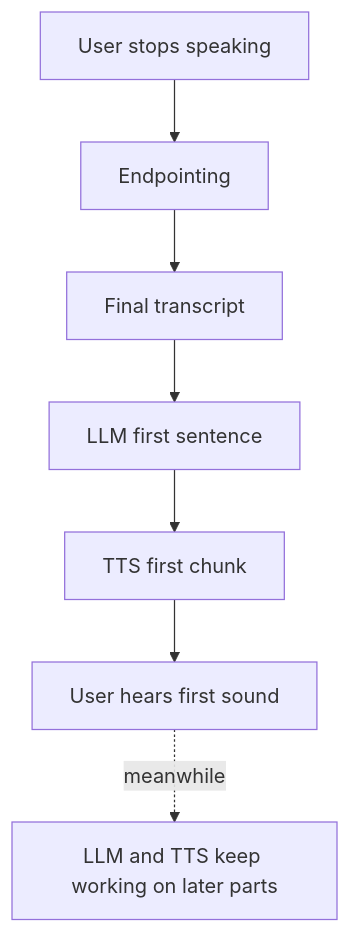
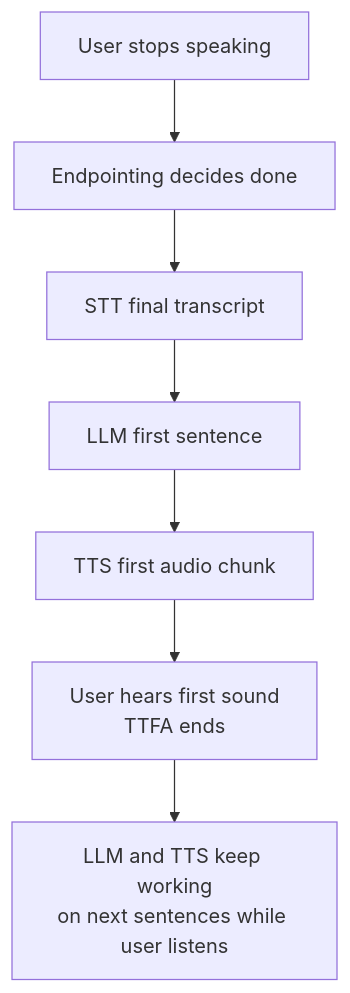
The first of 2 diagrams in notes/step-16-ai-infrastructure-deployment-and-system-design/210-time-to-first-audio.md (kaisarnajar/outcome-school-blogs), drawn with Mermaid before and after one commit. The commit also changed other lines of this file and 233 other files, not shown here.

````diff
--- a/notes/step-16-ai-infrastructure-deployment-and-system-design/210-time-to-first-audio.md
+++ b/notes/step-16-ai-infrastructure-deployment-and-system-design/210-time-to-first-audio.md
@@ -37,9 +61,9 @@
 ```mermaid
 flowchart TD
-    A["User stops speaking"] --> B["Endpointing"]
-    B --> C["Final transcript"]
-    C --> D["LLM first sentence"]
-    D --> E["TTS first chunk"]
-    E --> F["User hears first sound"]
-    F -.->|"meanwhile"| G["LLM and TTS keep working on later parts"]
+  A1["User stops speaking"] --> B1["Endpointing decides done"]
+  B1 --> C1["STT final transcript"]
+  C1 --> D1["LLM first sentence"]
+  D1 --> E1["TTS first audio chunk"]
+  E1 --> F1["User hears first sound<br/>TTFA ends"]
+  F1 --> G1["LLM and TTS keep working<br/>on next sentences while user listens"]
 ```
````
